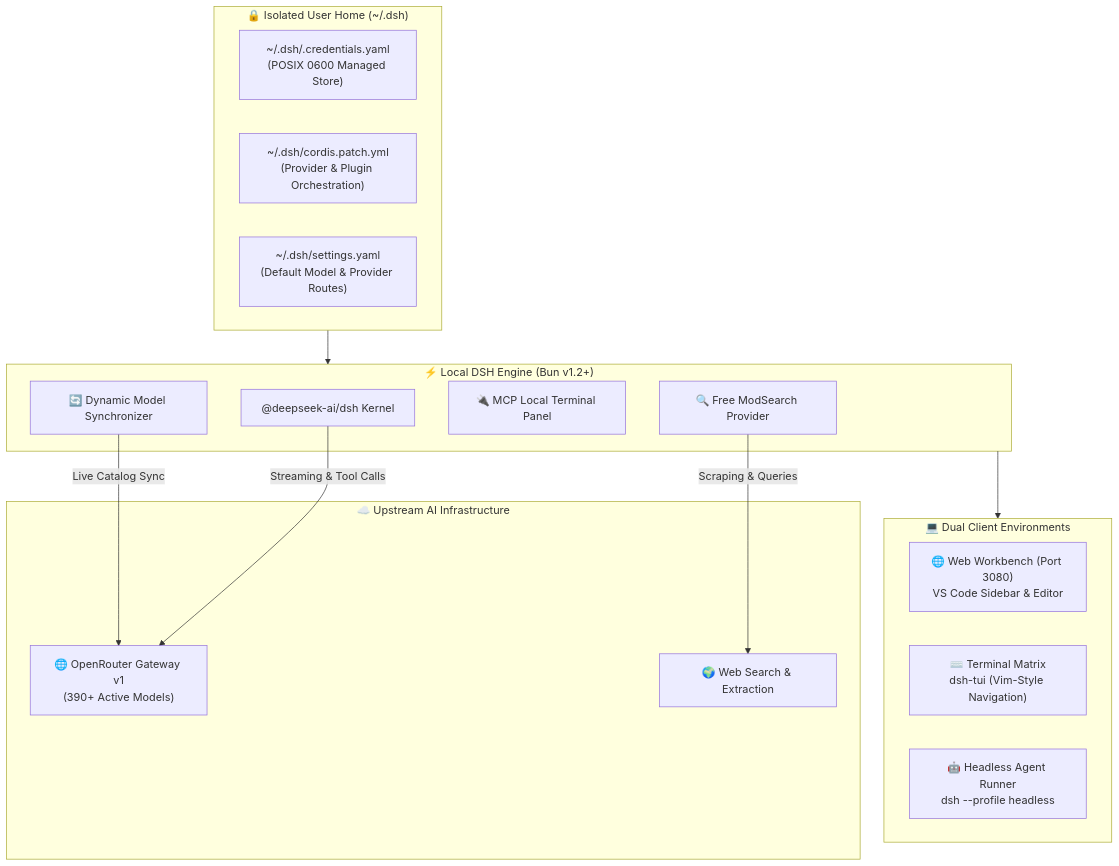
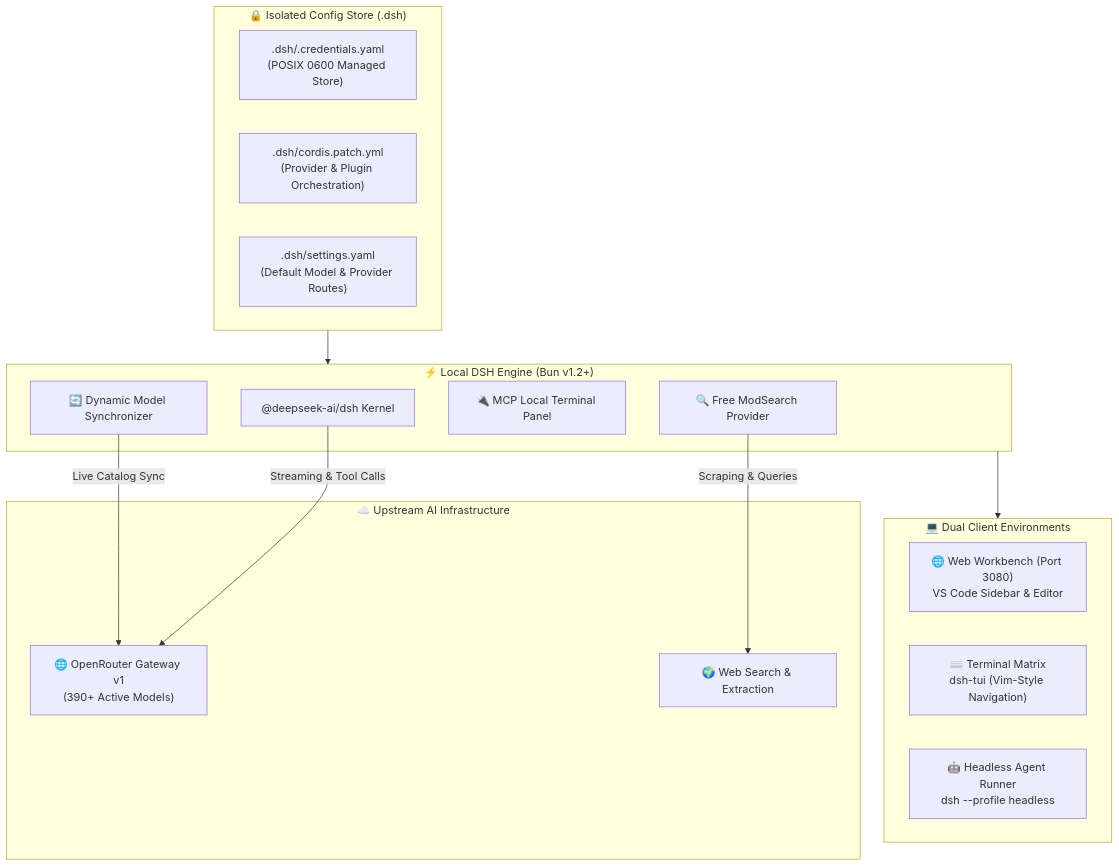
The diagram in docs/architecture.md (hdjebar/deepseek-harness-workspace), drawn with Mermaid before and after one commit. The commit also changed other lines of this file and 6 other files, not shown here.

````diff
--- a/docs/architecture.md
+++ b/docs/architecture.md
@@ -3,32 +3,32 @@
 ```mermaid
 flowchart TD
-    subgraph Storage ["🔒 Isolated User Home (~/.dsh)"]
-        CRED["~/.dsh/.credentials.yaml\n(POSIX 0600 Managed Store)"]
-        PATCH["~/.dsh/cordis.patch.yml\n(Provider & Plugin Orchestration)"]
-        SETT["~/.dsh/settings.yaml\n(Default Model & Provider Routes)"]
+    subgraph Storage ["🔒 Isolated Config Store (.dsh)"]
+        CRED[".dsh/.credentials.yaml\n(POSIX 0600 Managed Store)"]
+        PATCH[".dsh/cordis.patch.yml\n(Provider & Plugin Orchestration)"]
+        SETT[".dsh/settings.yaml\n(Default Model & Provider Routes)"]
     end
 
     subgraph Interfaces ["💻 Dual Client Environments"]
         WEB["🌐 Web Workbench (Port 3080)\nVS Code Sidebar & Editor"]
         CLI["⌨️ Terminal Matrix\ndsh-tui (Vim-Style Navigation)"]
         HEADLESS["🤖 Headless Agent Runner\ndsh --profile headless"]
     end
 
     subgraph Runtime ["⚡ Local DSH Engine (Bun v1.2+)"]
         CORE["@deepseek-ai/dsh Kernel"]
         MODSEARCH["🔍 Free ModSearch Provider"]
         MCP["🔌 MCP Local Terminal Panel"]
         SYNC["🔄 Dynamic Model Synchronizer"]
     end
 
     subgraph Remote ["☁️ Upstream AI Infrastructure"]
         OR["🌐 OpenRouter Gateway v1\n(390+ Active Models)"]
         WEB_NET["🌍 Web Search & Extraction"]
     end
 
     Storage --> Runtime
     Runtime --> Interfaces
     SYNC -->|Live Catalog Sync| OR
     CORE -->|Streaming & Tool Calls| OR
     MODSEARCH -->|Scraping & Queries| WEB_NET
 ```
````
